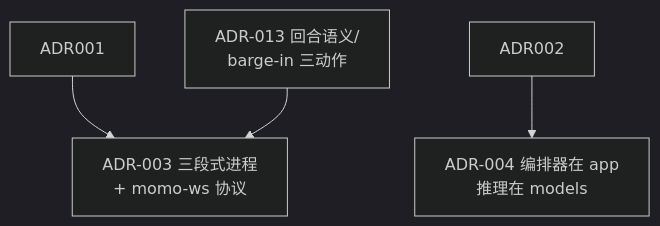
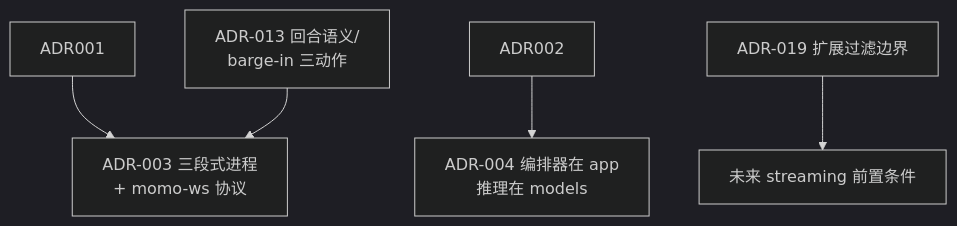
Before and after one commit to Momoyeyu/momo: the diagram in docs/00-context/decisions.md, drawn with Mermaid (dark theme). The commit also changed other lines of this file and 55 other files, not shown here.

````diff
--- a/docs/00-context/decisions.md
+++ b/docs/00-context/decisions.md
@@ -6,6 +6,7 @@
 ```mermaid
 flowchart TD
     ADR001 --> ADR003["ADR-003 三段式进程<br/>+ momo-ws 协议"]
     ADR002 --> ADR004["ADR-004 编排器在 app<br/>推理在 models"]
     ADR013["ADR-013 回合语义/<br/>barge-in 三动作"] --> ADR003
+    ADR019["ADR-019 扩展过滤边界"] --> FUTURE["未来 streaming 前置条件"]
 ```
````
